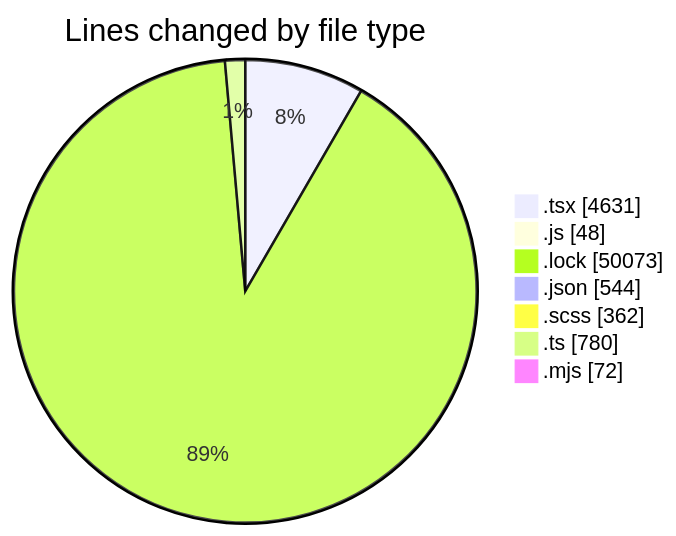
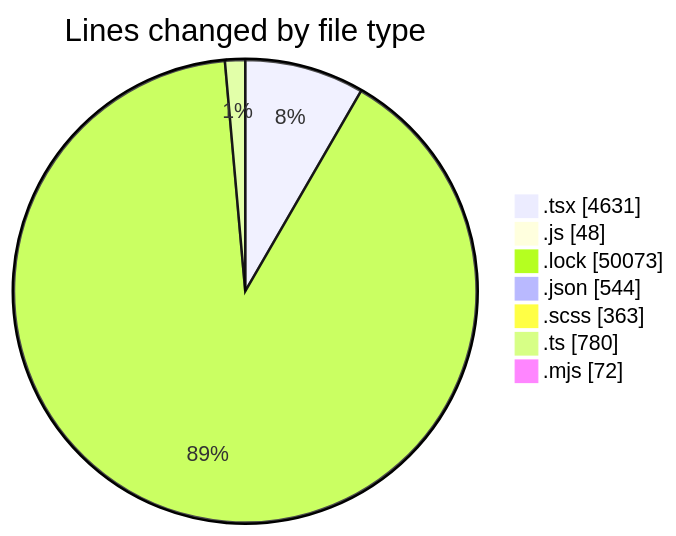
The first of 2 diagrams in 2026-05-15/cda/README.md (momahboobian/code-tracking), drawn with Mermaid before and after one commit. The commit also changed other lines of this file and 1 other file, not shown here.

````diff
--- a/2026-05-15/cda/README.md
+++ b/2026-05-15/cda/README.md
@@ -63,11 +63,11 @@
 ```mermaid
 pie showData
 title Lines changed by file type
 ".tsx" : 4631
 ".js" : 48
 ".lock" : 50073
 ".json" : 544
-".scss" : 362
+".scss" : 363
 ".ts" : 780
 ".mjs" : 72
 ```
````
